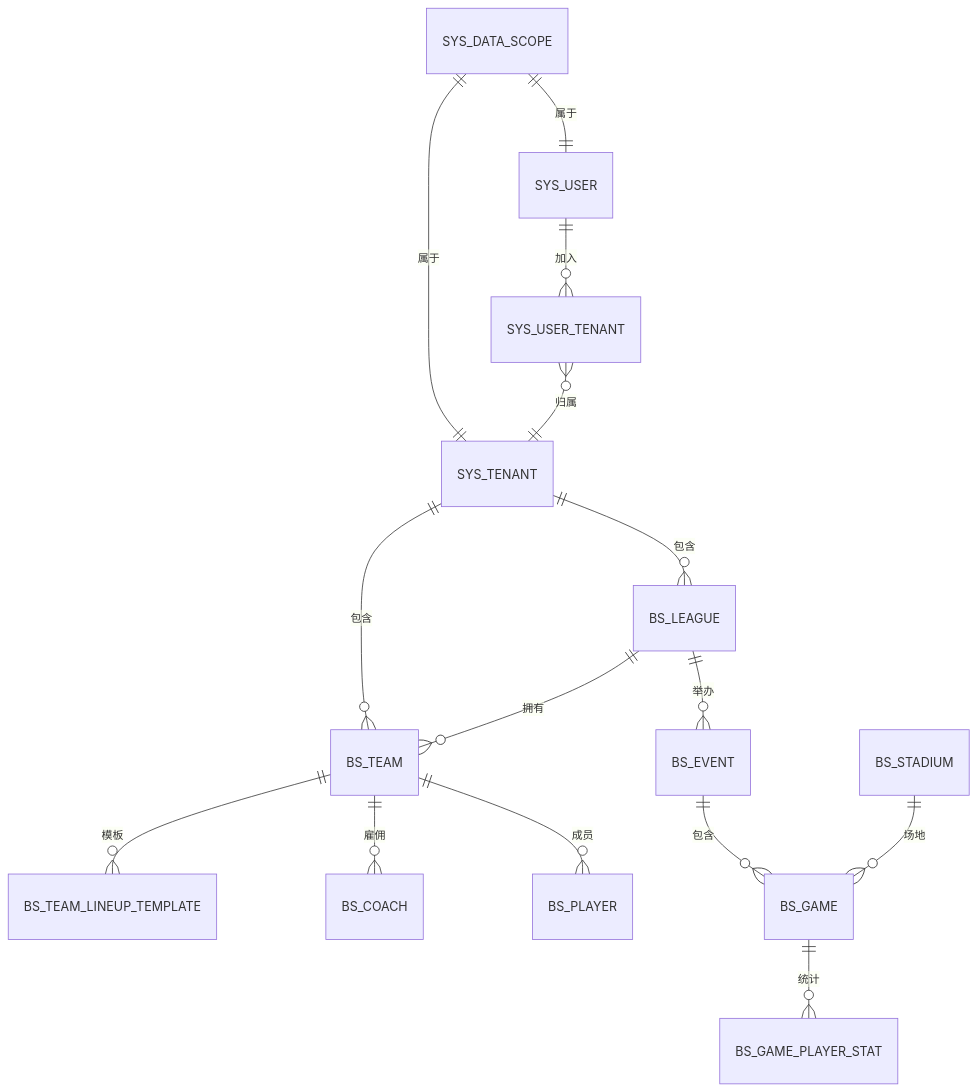
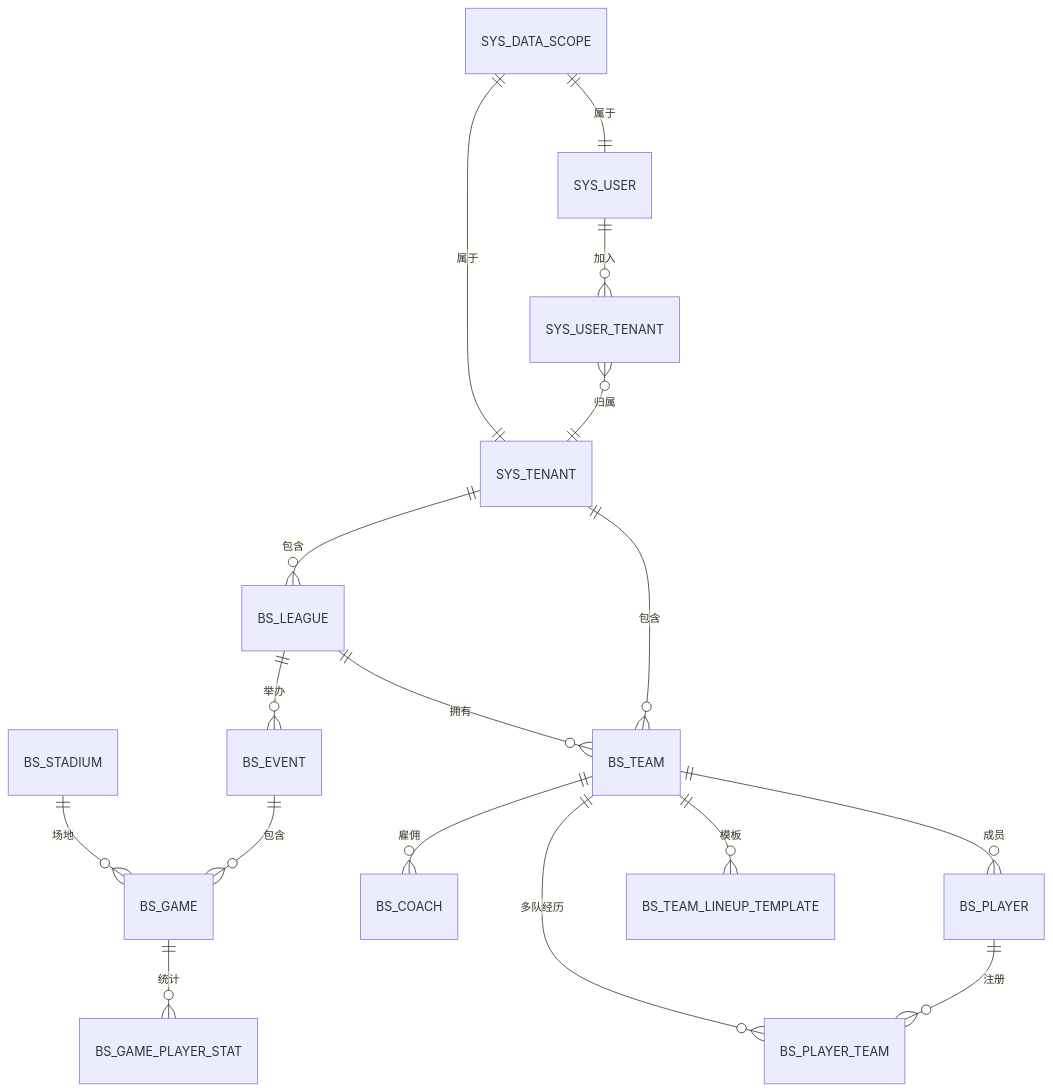
One commit to skvan/bsdone changed the second of 7 diagrams in docs/tech/数据模型设计/数据模型设计.md. Above: the diagram before and after it, drawn with Mermaid. The commit also changed other lines of this file and 17 other files, not shown here.

````diff
--- a/docs/tech/数据模型设计/数据模型设计.md
+++ b/docs/tech/数据模型设计/数据模型设计.md
@@ -42,17 +42,19 @@
 ```mermaid
 erDiagram
 SYS_TENANT ||--o{ BS_LEAGUE : "包含"
 SYS_TENANT ||--o{ BS_TEAM : "包含"
 SYS_USER ||--o{ SYS_USER_TENANT : "加入"
 SYS_USER_TENANT }o--|| SYS_TENANT : "归属"
 SYS_DATA_SCOPE ||--|| SYS_USER : "属于"
 SYS_DATA_SCOPE ||--|| SYS_TENANT : "属于"
 BS_LEAGUE ||--o{ BS_EVENT : "举办"
 BS_LEAGUE ||--o{ BS_TEAM : "拥有"
 BS_TEAM ||--o{ BS_PLAYER : "成员"
 BS_TEAM ||--o{ BS_COACH : "雇佣"
 BS_EVENT ||--o{ BS_GAME : "包含"
 BS_GAME ||--o{ BS_GAME_PLAYER_STAT : "统计"
 BS_STADIUM ||--o{ BS_GAME : "场地"
 BS_TEAM ||--o{ BS_TEAM_LINEUP_TEMPLATE : "模板"
+BS_PLAYER ||--o{ BS_PLAYER_TEAM : "注册"
+BS_TEAM ||--o{ BS_PLAYER_TEAM : "多队经历"
 ```
````
